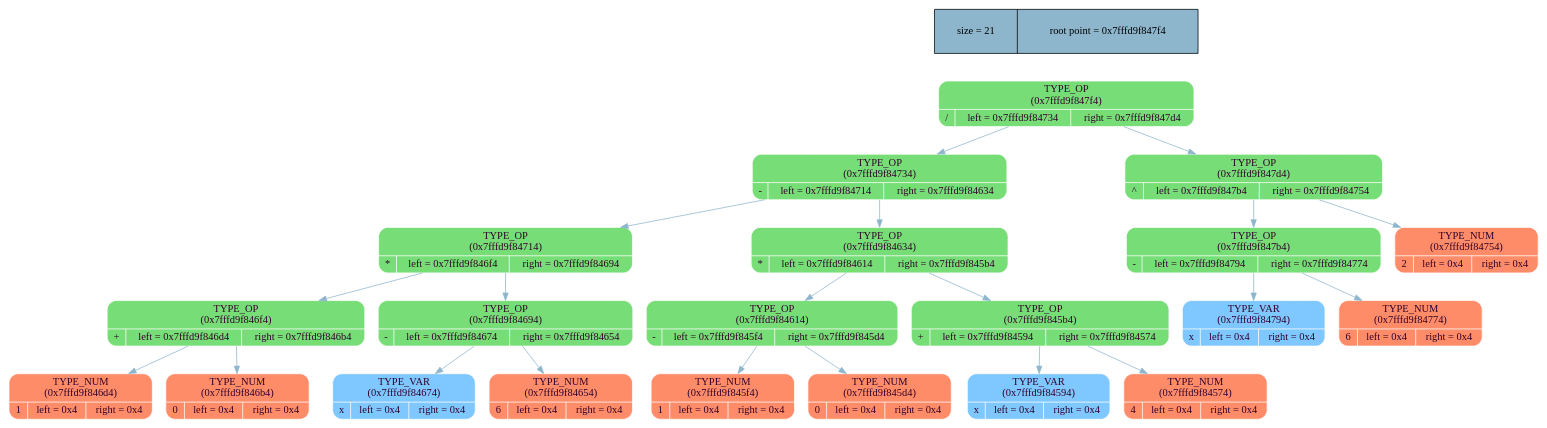
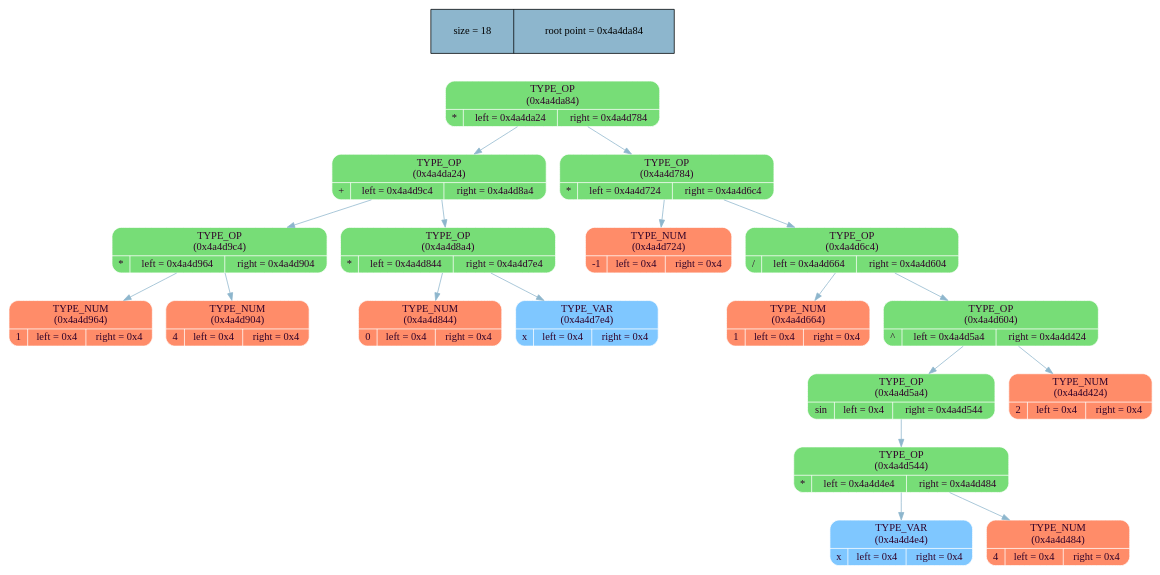
Before and after one commit to MaxGroshev/differentiator: the diagram in dump_info/tree_dump.dot, drawn with Graphviz. The commit also changed 13 other files, not shown here.

```diff
--- a/dump_info/tree_dump.dot
+++ b/dump_info/tree_dump.dot
@@ -3,48 +3,42 @@
 rankdir = ""
 splines = "true"
 
-node_stat [margin = "0.3*0.3", style = "filled", shape = "record", fillcolor = "#8DB6CD" label = " size = 21 | root point = 0x7fffd9f847f4"]
+node_stat [margin = "0.3*0.3", style = "filled", shape = "record", fillcolor = "#8DB6CD" label = " size = 18 | root point = 0x4a4da84"]
 {rank = source; node_stat}
 
-node0x7fffd9f847f4 [shape = "Mrecord", fillcolor = "#77DD77", style = "filled", fontcolor = "#31032A", fontname = "Calibri", color = "white", label = "{TYPE_OP\n (0x7fffd9f847f4)| {/ |left = 0x7fffd9f84734 |right = 0x7fffd9f847d4}}"]
-node0x7fffd9f847f4 -> node0x7fffd9f84734 [color = "#8DB6CD", style = "", constraint = true, fillcolor = "#8DB6CD",   fontcolor = "", fontname = "Calibri", label = ""];
-node0x7fffd9f84734 [shape = "Mrecord", fillcolor = "#77DD77", style = "filled", fontcolor = "#31032A", fontname = "Calibri", color = "white", label = "{TYPE_OP\n (0x7fffd9f84734)| {- |left = 0x7fffd9f84714 |right = 0x7fffd9f84634}}"]
-node0x7fffd9f84734 -> node0x7fffd9f84714 [color = "#8DB6CD", style = "", constraint = true, fillcolor = "#8DB6CD",   fontcolor = "", fontname = "Calibri", label = ""];
-node0x7fffd9f84714 [shape = "Mrecord", fillcolor = "#77DD77", style = "filled", fontcolor = "#31032A", fontname = "Calibri", color = "white", label = "{TYPE_OP\n (0x7fffd9f84714)| {* |left = 0x7fffd9f846f4 |right = 0x7fffd9f84694}}"]
-node0x7fffd9f84714 -> node0x7fffd9f846f4 [color = "#8DB6CD", style = "", constraint = true, fillcolor = "#8DB6CD",   fontcolor = "", fontname = "Calibri", label = ""];
-node0x7fffd9f846f4 [shape = "Mrecord", fillcolor = "#77DD77", style = "filled", fontcolor = "#31032A", fontname = "Calibri", color = "white", label = "{TYPE_OP\n (0x7fffd9f846f4)| {+ |left = 0x7fffd9f846d4 |right = 0x7fffd9f846b4}}"]
-node0x7fffd9f846f4 -> node0x7fffd9f846d4 [color = "#8DB6CD", style = "", constraint = true, fillcolor = "#8DB6CD",   fontcolor = "", fontname = "Calibri", label = ""];
-node0x7fffd9f846d4 [shape = "Mrecord", fillcolor = "#FF8C69", style = "filled", fontcolor = "#31032A", fontname = "Calibri", color = "white", label = "{TYPE_NUM\n (0x7fffd9f846d4)| {1 |left = 0x4 |right = 0x4}}"]
-node0x7fffd9f846f4 -> node0x7fffd9f846b4 [color = "#8DB6CD", style = "", constraint = true, fillcolor = "#8DB6CD",   fontcolor = "", fontname = "Calibri", label = ""];
-node0x7fffd9f846b4 [shape = "Mrecord", fillcolor = "#FF8C69", style = "filled", fontcolor = "#31032A", fontname = "Calibri", color = "white", label = "{TYPE_NUM\n (0x7fffd9f846b4)| {0 |left = 0x4 |right = 0x4}}"]
-node0x7fffd9f84714 -> node0x7fffd9f84694 [color = "#8DB6CD", style = "", constraint = true, fillcolor = "#8DB6CD",   fontcolor = "", fontname = "Calibri", label = ""];
-node0x7fffd9f84694 [shape = "Mrecord", fillcolor = "#77DD77", style = "filled", fontcolor = "#31032A", fontname = "Calibri", color = "white", label = "{TYPE_OP\n (0x7fffd9f84694)| {- |left = 0x7fffd9f84674 |right = 0x7fffd9f84654}}"]
-node0x7fffd9f84694 -> node0x7fffd9f84674 [color = "#8DB6CD", style = "", constraint = true, fillcolor = "#8DB6CD",   fontcolor = "", fontname = "Calibri", label = ""];
-node0x7fffd9f84674 [shape = "Mrecord", fillcolor = "#7FC7FF", style = "filled", fontcolor = "#31032A", fontname = "Calibri", color = "white", label = "{TYPE_VAR\n (0x7fffd9f84674)| {x |left = 0x4 |right = 0x4}}"]
-node0x7fffd9f84694 -> node0x7fffd9f84654 [color = "#8DB6CD", style = "", constraint = true, fillcolor = "#8DB6CD",   fontcolor = "", fontname = "Calibri", label = ""];
-node0x7fffd9f84654 [shape = "Mrecord", fillcolor = "#FF8C69", style = "filled", fontcolor = "#31032A", fontname = "Calibri", color = "white", label = "{TYPE_NUM\n (0x7fffd9f84654)| {6 |left = 0x4 |right = 0x4}}"]
-node0x7fffd9f84734 -> node0x7fffd9f84634 [color = "#8DB6CD", style = "", constraint = true, fillcolor = "#8DB6CD",   fontcolor = "", fontname = "Calibri", label = ""];
-node0x7fffd9f84634 [shape = "Mrecord", fillcolor = "#77DD77", style = "filled", fontcolor = "#31032A", fontname = "Calibri", color = "white", label = "{TYPE_OP\n (0x7fffd9f84634)| {* |left = 0x7fffd9f84614 |right = 0x7fffd9f845b4}}"]
-node0x7fffd9f84634 -> node0x7fffd9f84614 [color = "#8DB6CD", style = "", constraint = true, fillcolor = "#8DB6CD",   fontcolor = "", fontname = "Calibri", label = ""];
-node0x7fffd9f84614 [shape = "Mrecord", fillcolor = "#77DD77", style = "filled", fontcolor = "#31032A", fontname = "Calibri", color = "white", label = "{TYPE_OP\n (0x7fffd9f84614)| {- |left = 0x7fffd9f845f4 |right = 0x7fffd9f845d4}}"]
-node0x7fffd9f84614 -> node0x7fffd9f845f4 [color = "#8DB6CD", style = "", constraint = true, fillcolor = "#8DB6CD",   fontcolor = "", fontname = "Calibri", label = ""];
-node0x7fffd9f845f4 [shape = "Mrecord", fillcolor = "#FF8C69", style = "filled", fontcolor = "#31032A", fontname = "Calibri", color = "white", label = "{TYPE_NUM\n (0x7fffd9f845f4)| {1 |left = 0x4 |right = 0x4}}"]
-node0x7fffd9f84614 -> node0x7fffd9f845d4 [color = "#8DB6CD", style = "", constraint = true, fillcolor = "#8DB6CD",   fontcolor = "", fontname = "Calibri", label = ""];
-node0x7fffd9f845d4 [shape = "Mrecord", fillcolor = "#FF8C69", style = "filled", fontcolor = "#31032A", fontname = "Calibri", color = "white", label = "{TYPE_NUM\n (0x7fffd9f845d4)| {0 |left = 0x4 |right = 0x4}}"]
-node0x7fffd9f84634 -> node0x7fffd9f845b4 [color = "#8DB6CD", style = "", constraint = true, fillcolor = "#8DB6CD",   fontcolor = "", fontname = "Calibri", label = ""];
-node0x7fffd9f845b4 [shape = "Mrecord", fillcolor = "#77DD77", style = "filled", fontcolor = "#31032A", fontname = "Calibri", color = "white", label = "{TYPE_OP\n (0x7fffd9f845b4)| {+ |left = 0x7fffd9f84594 |right = 0x7fffd9f84574}}"]
-node0x7fffd9f845b4 -> node0x7fffd9f84594 [color = "#8DB6CD", style = "", constraint = true, fillcolor = "#8DB6CD",   fontcolor = "", fontname = "Calibri", label = ""];
-node0x7fffd9f84594 [shape = "Mrecord", fillcolor = "#7FC7FF", style = "filled", fontcolor = "#31032A", fontname = "Calibri", color = "white", label = "{TYPE_VAR\n (0x7fffd9f84594)| {x |left = 0x4 |right = 0x4}}"]
-node0x7fffd9f845b4 -> node0x7fffd9f84574 [color = "#8DB6CD", style = "", constraint = true, fillcolor = "#8DB6CD",   fontcolor = "", fontname = "Calibri", label = ""];
-node0x7fffd9f84574 [shape = "Mrecord", fillcolor = "#FF8C69", style = "filled", fontcolor = "#31032A", fontname = "Calibri", color = "white", label = "{TYPE_NUM\n (0x7fffd9f84574)| {4 |left = 0x4 |right = 0x4}}"]
-node0x7fffd9f847f4 -> node0x7fffd9f847d4 [color = "#8DB6CD", style = "", constraint = true, fillcolor = "#8DB6CD",   fontcolor = "", fontname = "Calibri", label = ""];
-node0x7fffd9f847d4 [shape = "Mrecord", fillcolor = "#77DD77", style = "filled", fontcolor = "#31032A", fontname = "Calibri", color = "white", label = "{TYPE_OP\n (0x7fffd9f847d4)| {^ |left = 0x7fffd9f847b4 |right = 0x7fffd9f84754}}"]
-node0x7fffd9f847d4 -> node0x7fffd9f847b4 [color = "#8DB6CD", style = "", constraint = true, fillcolor = "#8DB6CD",   fontcolor = "", fontname = "Calibri", label = ""];
-node0x7fffd9f847b4 [shape = "Mrecord", fillcolor = "#77DD77", style = "filled", fontcolor = "#31032A", fontname = "Calibri", color = "white", label = "{TYPE_OP\n (0x7fffd9f847b4)| {- |left = 0x7fffd9f84794 |right = 0x7fffd9f84774}}"]
-node0x7fffd9f847b4 -> node0x7fffd9f84794 [color = "#8DB6CD", style = "", constraint = true, fillcolor = "#8DB6CD",   fontcolor = "", fontname = "Calibri", label = ""];
-node0x7fffd9f84794 [shape = "Mrecord", fillcolor = "#7FC7FF", style = "filled", fontcolor = "#31032A", fontname = "Calibri", color = "white", label = "{TYPE_VAR\n (0x7fffd9f84794)| {x |left = 0x4 |right = 0x4}}"]
-node0x7fffd9f847b4 -> node0x7fffd9f84774 [color = "#8DB6CD", style = "", constraint = true, fillcolor = "#8DB6CD",   fontcolor = "", fontname = "Calibri", label = ""];
-node0x7fffd9f84774 [shape = "Mrecord", fillcolor = "#FF8C69", style = "filled", fontcolor = "#31032A", fontname = "Calibri", color = "white", label = "{TYPE_NUM\n (0x7fffd9f84774)| {6 |left = 0x4 |right = 0x4}}"]
-node0x7fffd9f847d4 -> node0x7fffd9f84754 [color = "#8DB6CD", style = "", constraint = true, fillcolor = "#8DB6CD",   fontcolor = "", fontname = "Calibri", label = ""];
-node0x7fffd9f84754 [shape = "Mrecord", fillcolor = "#FF8C69", style = "filled", fontcolor = "#31032A", fontname = "Calibri", color = "white", label = "{TYPE_NUM\n (0x7fffd9f84754)| {2 |left = 0x4 |right = 0x4}}"]
+node0x4a4da84 [shape = "Mrecord", fillcolor = "#77DD77", style = "filled", fontcolor = "#31032A", fontname = "Calibri", color = "white", label = "{TYPE_OP\n (0x4a4da84)| {* |left = 0x4a4da24 |right = 0x4a4d784}}"]
+node0x4a4da84 -> node0x4a4da24 [color = "#8DB6CD", style = "", constraint = true, fillcolor = "#8DB6CD",   fontcolor = "", fontname = "Calibri", label = ""];
+node0x4a4da24 [shape = "Mrecord", fillcolor = "#77DD77", style = "filled", fontcolor = "#31032A", fontname = "Calibri", color = "white", label = "{TYPE_OP\n (0x4a4da24)| {+ |left = 0x4a4d9c4 |right = 0x4a4d8a4}}"]
+node0x4a4da24 -> node0x4a4d9c4 [color = "#8DB6CD", style = "", constraint = true, fillcolor = "#8DB6CD",   fontcolor = "", fontname = "Calibri", label = ""];
+node0x4a4d9c4 [shape = "Mrecord", fillcolor = "#77DD77", style = "filled", fontcolor = "#31032A", fontname = "Calibri", color = "white", label = "{TYPE_OP\n (0x4a4d9c4)| {* |left = 0x4a4d964 |right = 0x4a4d904}}"]
+node0x4a4d9c4 -> node0x4a4d964 [color = "#8DB6CD", style = "", constraint = true, fillcolor = "#8DB6CD",   fontcolor = "", fontname = "Calibri", label = ""];
+node0x4a4d964 [shape = "Mrecord", fillcolor = "#FF8C69", style = "filled", fontcolor = "#31032A", fontname = "Calibri", color = "white", label = "{TYPE_NUM\n (0x4a4d964)| {1 |left = 0x4 |right = 0x4}}"]
+node0x4a4d9c4 -> node0x4a4d904 [color = "#8DB6CD", style = "", constraint = true, fillcolor = "#8DB6CD",   fontcolor = "", fontname = "Calibri", label = ""];
+node0x4a4d904 [shape = "Mrecord", fillcolor = "#FF8C69", style = "filled", fontcolor = "#31032A", fontname = "Calibri", color = "white", label = "{TYPE_NUM\n (0x4a4d904)| {4 |left = 0x4 |right = 0x4}}"]
+node0x4a4da24 -> node0x4a4d8a4 [color = "#8DB6CD", style = "", constraint = true, fillcolor = "#8DB6CD",   fontcolor = "", fontname = "Calibri", label = ""];
+node0x4a4d8a4 [shape = "Mrecord", fillcolor = "#77DD77", style = "filled", fontcolor = "#31032A", fontname = "Calibri", color = "white", label = "{TYPE_OP\n (0x4a4d8a4)| {* |left = 0x4a4d844 |right = 0x4a4d7e4}}"]
+node0x4a4d8a4 -> node0x4a4d844 [color = "#8DB6CD", style = "", constraint = true, fillcolor = "#8DB6CD",   fontcolor = "", fontname = "Calibri", label = ""];
+node0x4a4d844 [shape = "Mrecord", fillcolor = "#FF8C69", style = "filled", fontcolor = "#31032A", fontname = "Calibri", color = "white", label = "{TYPE_NUM\n (0x4a4d844)| {0 |left = 0x4 |right = 0x4}}"]
+node0x4a4d8a4 -> node0x4a4d7e4 [color = "#8DB6CD", style = "", constraint = true, fillcolor = "#8DB6CD",   fontcolor = "", fontname = "Calibri", label = ""];
+node0x4a4d7e4 [shape = "Mrecord", fillcolor = "#7FC7FF", style = "filled", fontcolor = "#31032A", fontname = "Calibri", color = "white", label = "{TYPE_VAR\n (0x4a4d7e4)| {x |left = 0x4 |right = 0x4}}"]
+node0x4a4da84 -> node0x4a4d784 [color = "#8DB6CD", style = "", constraint = true, fillcolor = "#8DB6CD",   fontcolor = "", fontname = "Calibri", label = ""];
+node0x4a4d784 [shape = "Mrecord", fillcolor = "#77DD77", style = "filled", fontcolor = "#31032A", fontname = "Calibri", color = "white", label = "{TYPE_OP\n (0x4a4d784)| {* |left = 0x4a4d724 |right = 0x4a4d6c4}}"]
+node0x4a4d784 -> node0x4a4d724 [color = "#8DB6CD", style = "", constraint = true, fillcolor = "#8DB6CD",   fontcolor = "", fontname = "Calibri", label = ""];
+node0x4a4d724 [shape = "Mrecord", fillcolor = "#FF8C69", style = "filled", fontcolor = "#31032A", fontname = "Calibri", color = "white", label = "{TYPE_NUM\n (0x4a4d724)| {-1 |left = 0x4 |right = 0x4}}"]
+node0x4a4d784 -> node0x4a4d6c4 [color = "#8DB6CD", style = "", constraint = true, fillcolor = "#8DB6CD",   fontcolor = "", fontname = "Calibri", label = ""];
+node0x4a4d6c4 [shape = "Mrecord", fillcolor = "#77DD77", style = "filled", fontcolor = "#31032A", fontname = "Calibri", color = "white", label = "{TYPE_OP\n (0x4a4d6c4)| {/ |left = 0x4a4d664 |right = 0x4a4d604}}"]
+node0x4a4d6c4 -> node0x4a4d664 [color = "#8DB6CD", style = "", constraint = true, fillcolor = "#8DB6CD",   fontcolor = "", fontname = "Calibri", label = ""];
+node0x4a4d664 [shape = "Mrecord", fillcolor = "#FF8C69", style = "filled", fontcolor = "#31032A", fontname = "Calibri", color = "white", label = "{TYPE_NUM\n (0x4a4d664)| {1 |left = 0x4 |right = 0x4}}"]
+node0x4a4d6c4 -> node0x4a4d604 [color = "#8DB6CD", style = "", constraint = true, fillcolor = "#8DB6CD",   fontcolor = "", fontname = "Calibri", label = ""];
+node0x4a4d604 [shape = "Mrecord", fillcolor = "#77DD77", style = "filled", fontcolor = "#31032A", fontname = "Calibri", color = "white", label = "{TYPE_OP\n (0x4a4d604)| {^ |left = 0x4a4d5a4 |right = 0x4a4d424}}"]
+node0x4a4d604 -> node0x4a4d5a4 [color = "#8DB6CD", style = "", constraint = true, fillcolor = "#8DB6CD",   fontcolor = "", fontname = "Calibri", label = ""];
+node0x4a4d5a4 [shape = "Mrecord", fillcolor = "#77DD77", style = "filled", fontcolor = "#31032A", fontname = "Calibri", color = "white", label = "{TYPE_OP\n (0x4a4d5a4)| {sin |left = 0x4 |right = 0x4a4d544}}"]
+node0x4a4d5a4 -> node0x4a4d544 [color = "#8DB6CD", style = "", constraint = true, fillcolor = "#8DB6CD",   fontcolor = "", fontname = "Calibri", label = ""];
+node0x4a4d544 [shape = "Mrecord", fillcolor = "#77DD77", style = "filled", fontcolor = "#31032A", fontname = "Calibri", color = "white", label = "{TYPE_OP\n (0x4a4d544)| {* |left = 0x4a4d4e4 |right = 0x4a4d484}}"]
+node0x4a4d544 -> node0x4a4d4e4 [color = "#8DB6CD", style = "", constraint = true, fillcolor = "#8DB6CD",   fontcolor = "", fontname = "Calibri", label = ""];
+node0x4a4d4e4 [shape = "Mrecord", fillcolor = "#7FC7FF", style = "filled", fontcolor = "#31032A", fontname = "Calibri", color = "white", label = "{TYPE_VAR\n (0x4a4d4e4)| {x |left = 0x4 |right = 0x4}}"]
+node0x4a4d544 -> node0x4a4d484 [color = "#8DB6CD", style = "", constraint = true, fillcolor = "#8DB6CD",   fontcolor = "", fontname = "Calibri", label = ""];
+node0x4a4d484 [shape = "Mrecord", fillcolor = "#FF8C69", style = "filled", fontcolor = "#31032A", fontname = "Calibri", color = "white", label = "{TYPE_NUM\n (0x4a4d484)| {4 |left = 0x4 |right = 0x4}}"]
+node0x4a4d604 -> node0x4a4d424 [color = "#8DB6CD", style = "", constraint = true, fillcolor = "#8DB6CD",   fontcolor = "", fontname = "Calibri", label = ""];
+node0x4a4d424 [shape = "Mrecord", fillcolor = "#FF8C69", style = "filled", fontcolor = "#31032A", fontname = "Calibri", color = "white", label = "{TYPE_NUM\n (0x4a4d424)| {2 |left = 0x4 |right = 0x4}}"]
 }
```
